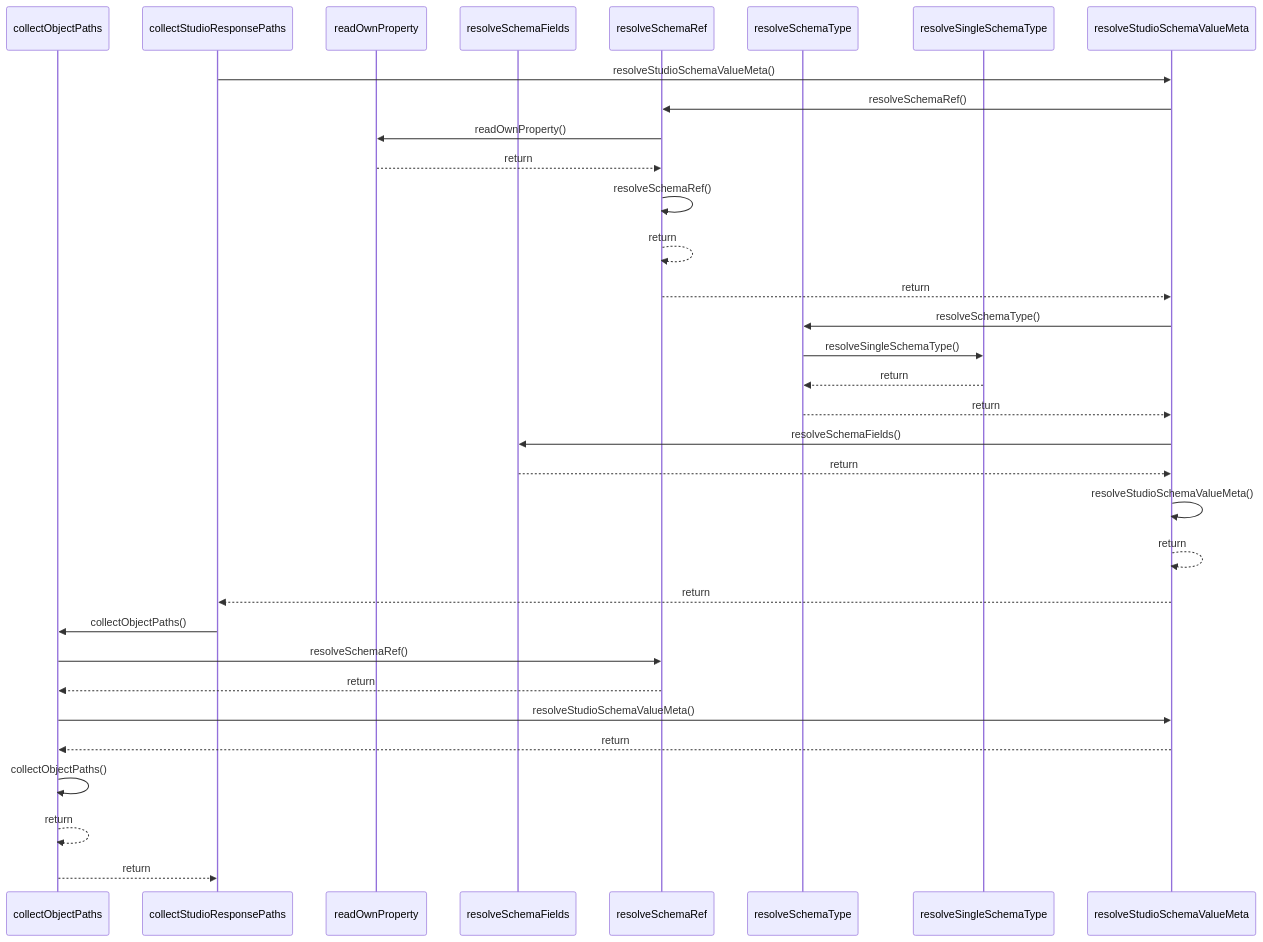
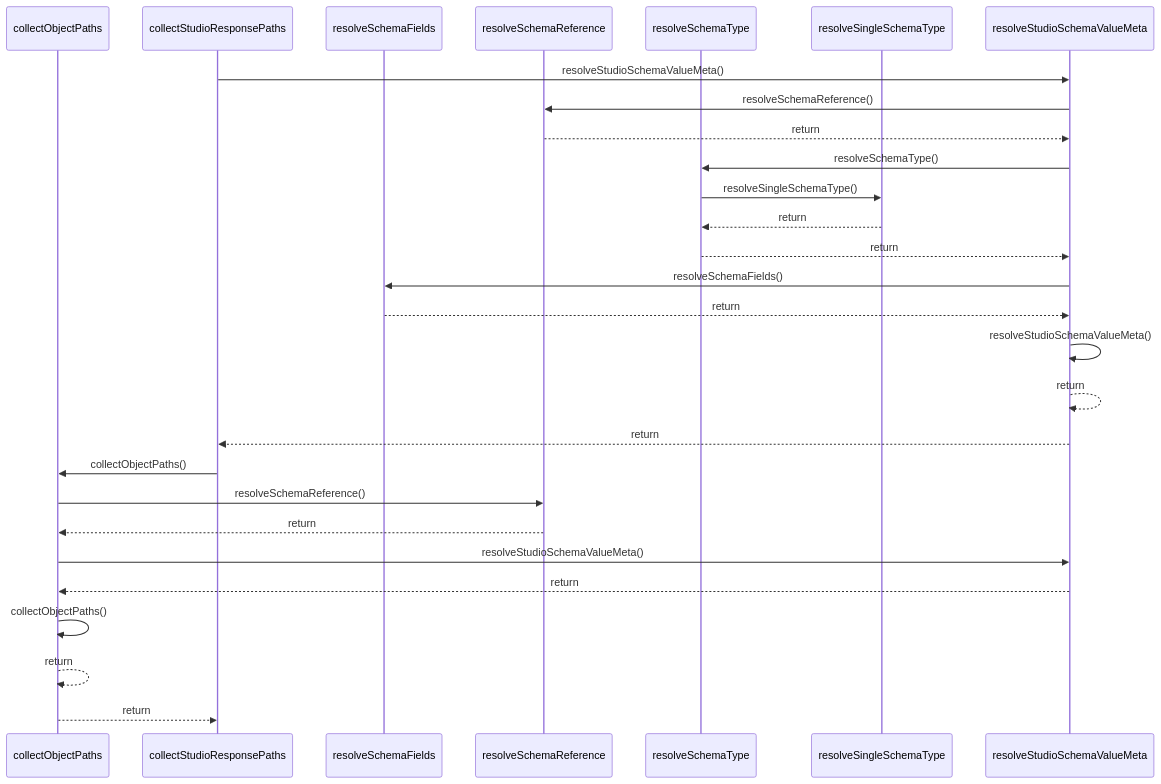
Before and after one commit to ankhorage/studio: the diagram in paradox/diagrams/sequences/collect-studio-response-paths.mmd, drawn with Mermaid. The commit also changed 36 other files, not shown here.

```diff
--- a/paradox/diagrams/sequences/collect-studio-response-paths.mmd
+++ b/paradox/diagrams/sequences/collect-studio-response-paths.mmd
@@ -1,33 +1,28 @@
 sequenceDiagram
   participant participant_collectObjectPaths as collectObjectPaths
   participant participant_collectStudioResponsePaths as collectStudioResponsePaths
-  participant participant_readOwnProperty as readOwnProperty
   participant participant_resolveSchemaFields as resolveSchemaFields
-  participant participant_resolveSchemaRef as resolveSchemaRef
+  participant participant_resolveSchemaReference as resolveSchemaReference
   participant participant_resolveSchemaType as resolveSchemaType
   participant participant_resolveSingleSchemaType as resolveSingleSchemaType
   participant participant_resolveStudioSchemaValueMeta as resolveStudioSchemaValueMeta
   participant_collectStudioResponsePaths->>participant_resolveStudioSchemaValueMeta: resolveStudioSchemaValueMeta()
-  participant_resolveStudioSchemaValueMeta->>participant_resolveSchemaRef: resolveSchemaRef()
-  participant_resolveSchemaRef->>participant_readOwnProperty: readOwnProperty()
-  participant_readOwnProperty-->>participant_resolveSchemaRef: return
-  participant_resolveSchemaRef->>participant_resolveSchemaRef: resolveSchemaRef()
-  participant_resolveSchemaRef-->>participant_resolveSchemaRef: return
-  participant_resolveSchemaRef-->>participant_resolveStudioSchemaValueMeta: return
+  participant_resolveStudioSchemaValueMeta->>participant_resolveSchemaReference: resolveSchemaReference()
+  participant_resolveSchemaReference-->>participant_resolveStudioSchemaValueMeta: return
   participant_resolveStudioSchemaValueMeta->>participant_resolveSchemaType: resolveSchemaType()
   participant_resolveSchemaType->>participant_resolveSingleSchemaType: resolveSingleSchemaType()
   participant_resolveSingleSchemaType-->>participant_resolveSchemaType: return
   participant_resolveSchemaType-->>participant_resolveStudioSchemaValueMeta: return
   participant_resolveStudioSchemaValueMeta->>participant_resolveSchemaFields: resolveSchemaFields()
   participant_resolveSchemaFields-->>participant_resolveStudioSchemaValueMeta: return
   participant_resolveStudioSchemaValueMeta->>participant_resolveStudioSchemaValueMeta: resolveStudioSchemaValueMeta()
   participant_resolveStudioSchemaValueMeta-->>participant_resolveStudioSchemaValueMeta: return
   participant_resolveStudioSchemaValueMeta-->>participant_collectStudioResponsePaths: return
   participant_collectStudioResponsePaths->>participant_collectObjectPaths: collectObjectPaths()
-  participant_collectObjectPaths->>participant_resolveSchemaRef: resolveSchemaRef()
-  participant_resolveSchemaRef-->>participant_collectObjectPaths: return
+  participant_collectObjectPaths->>participant_resolveSchemaReference: resolveSchemaReference()
+  participant_resolveSchemaReference-->>participant_collectObjectPaths: return
   participant_collectObjectPaths->>participant_resolveStudioSchemaValueMeta: resolveStudioSchemaValueMeta()
   participant_resolveStudioSchemaValueMeta-->>participant_collectObjectPaths: return
   participant_collectObjectPaths->>participant_collectObjectPaths: collectObjectPaths()
   participant_collectObjectPaths-->>participant_collectObjectPaths: return
   participant_collectObjectPaths-->>participant_collectStudioResponsePaths: return
```
